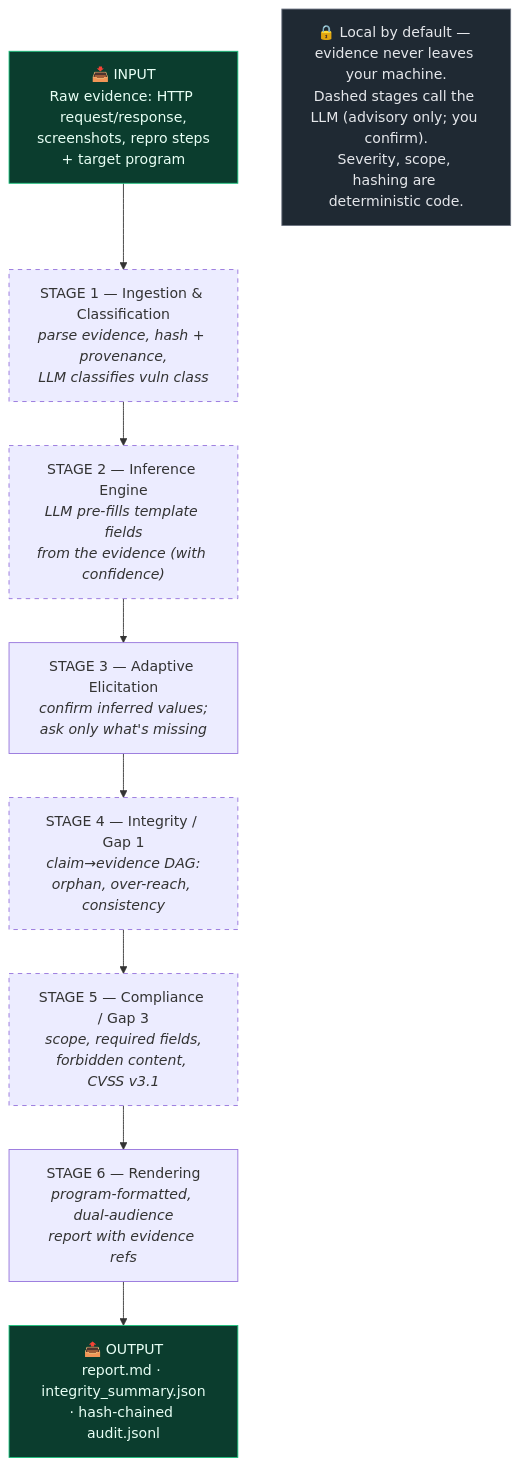
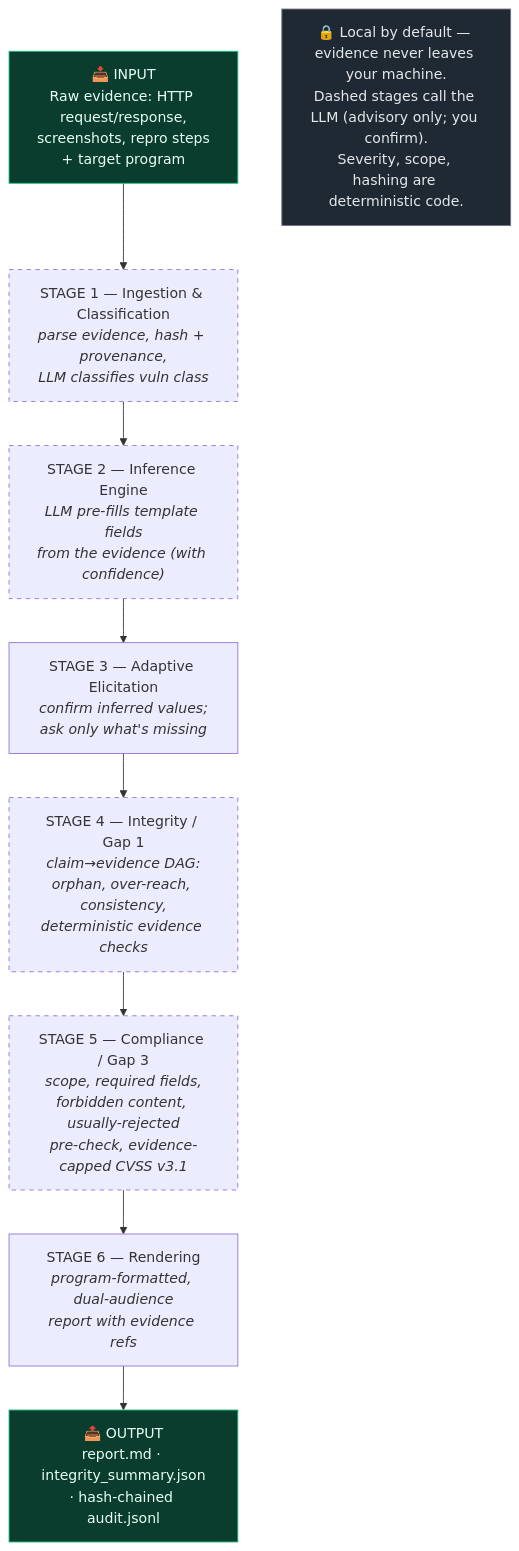
Before and after one commit to Uzair4264/ProofForge-AI: the first of 2 diagrams in diagram.md, drawn with Mermaid. The commit also changed other lines of this file and 1 other file, not shown here.

First line of the commit message:
Update README and diagram for 7 classes and evidence-based checks

````diff
--- a/diagram.md
+++ b/diagram.md
@@ -11,19 +11,19 @@
 ```mermaid
 flowchart TD
     A["📥 INPUT<br/>Raw evidence: HTTP request/response,<br/>screenshots, repro steps<br/>+ target program"]:::io
 
     A --> S1["STAGE 1 — Ingestion & Classification<br/><i>parse evidence, hash + provenance,<br/>LLM classifies vuln class</i>"]
     S1 --> S2["STAGE 2 — Inference Engine<br/><i>LLM pre-fills template fields<br/>from the evidence (with confidence)</i>"]
     S2 --> S3["STAGE 3 — Adaptive Elicitation<br/><i>confirm inferred values;<br/>ask only what's missing</i>"]
-    S3 --> S4["STAGE 4 — Integrity / Gap 1<br/><i>claim→evidence DAG:<br/>orphan, over-reach, consistency</i>"]
-    S4 --> S5["STAGE 5 — Compliance / Gap 3<br/><i>scope, required fields,<br/>forbidden content, CVSS v3.1</i>"]
+    S3 --> S4["STAGE 4 — Integrity / Gap 1<br/><i>claim→evidence DAG:<br/>orphan, over-reach, consistency,<br/>deterministic evidence checks</i>"]
+    S4 --> S5["STAGE 5 — Compliance / Gap 3<br/><i>scope, required fields,<br/>forbidden content, usually-rejected<br/>pre-check, evidence-capped CVSS v3.1</i>"]
     S5 --> S6["STAGE 6 — Rendering<br/><i>program-formatted, dual-audience<br/>report with evidence refs</i>"]
     S6 --> O["📤 OUTPUT<br/>report.md · integrity_summary.json<br/>· hash-chained audit.jsonl"]:::io
 
     classDef io fill:#0b3d2e,stroke:#19c37d,color:#e8fff5;
     classDef llm stroke-dasharray: 5 5;
     class S1,S2,S4,S5 llm;
 
     L["🔒 Local by default — evidence never leaves your machine.<br/>Dashed stages call the LLM (advisory only; you confirm).<br/>Severity, scope, hashing are deterministic code."]:::note
     classDef note fill:#1f2933,stroke:#6b7280,color:#e5e7eb;
 ```
````
